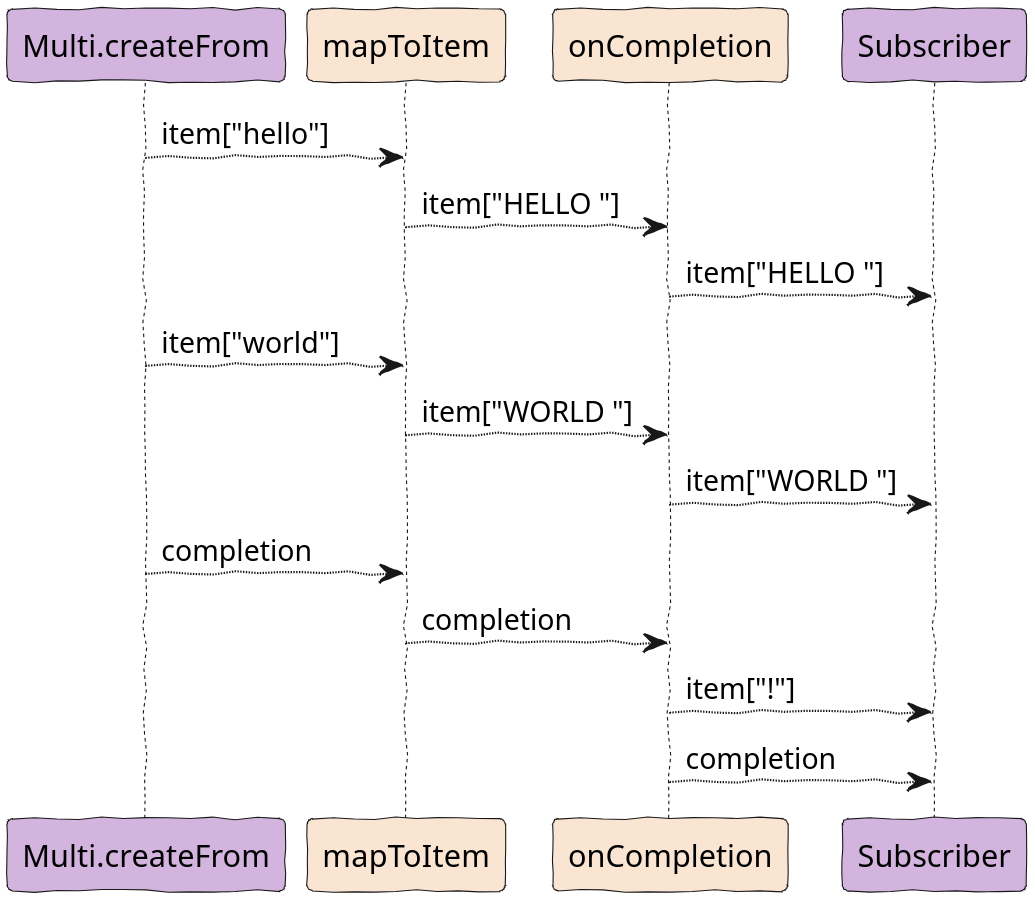
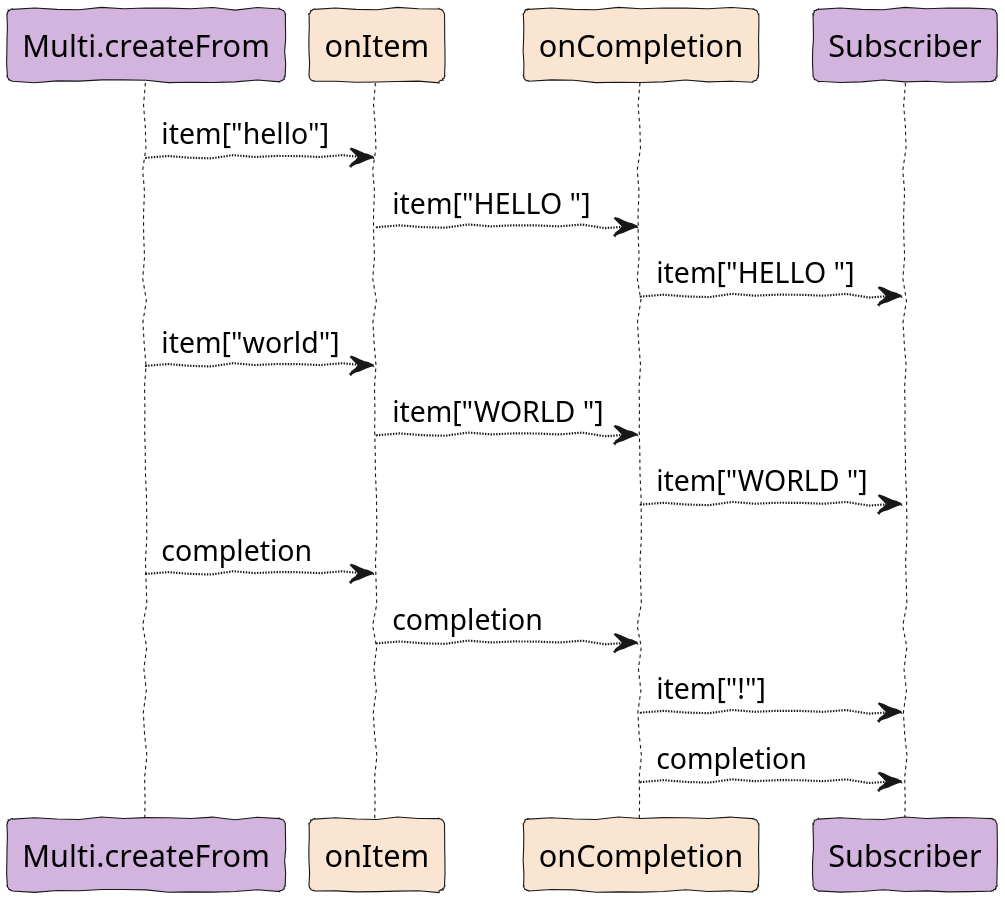
The diagram in documentation/src/main/docs/plantuml/getting-started-sequence.puml (smallrye/smallrye-mutiny), drawn with PlantUML before and after one commit. The commit also changed 16 other files, not shown here.

Commit message:
Rename mapToItem to apply

```diff
--- a/documentation/src/main/docs/plantuml/getting-started-sequence.puml
+++ b/documentation/src/main/docs/plantuml/getting-started-sequence.puml
@@ -1,24 +1,24 @@
 @startuml
 
 skinparam dpi 300
 skinparam useBetaStyle true
 skinparam handwritten true
 skinparam StereotypeFontSize 0
 
 participant Multi.createFrom as m1 #D2B4DE
-participant mapToItem as m2 #FAE5D3
+participant onItem as m2 #FAE5D3
 participant onCompletion as m3 #FAE5D3
 participant "Subscriber" as subscriber #D2B4DE
 
 m1 --> m2 : item["hello"]
 m2 --> m3 : item["HELLO "]
 m3 --> subscriber: item["HELLO "]
 m1 --> m2 : item["world"]
 m2 --> m3 : item["WORLD "]
 m3 --> subscriber: item["WORLD "]
 m1 --> m2 : completion
 m2 --> m3 : completion
 m3 --> subscriber : item["!"]
 m3 --> subscriber : completion
 
 @enduml
```
